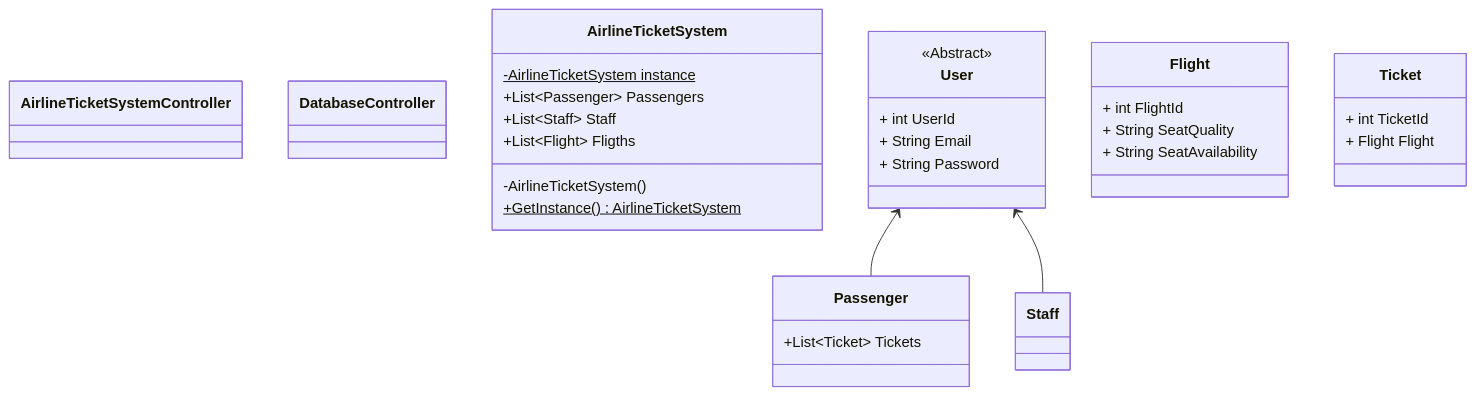
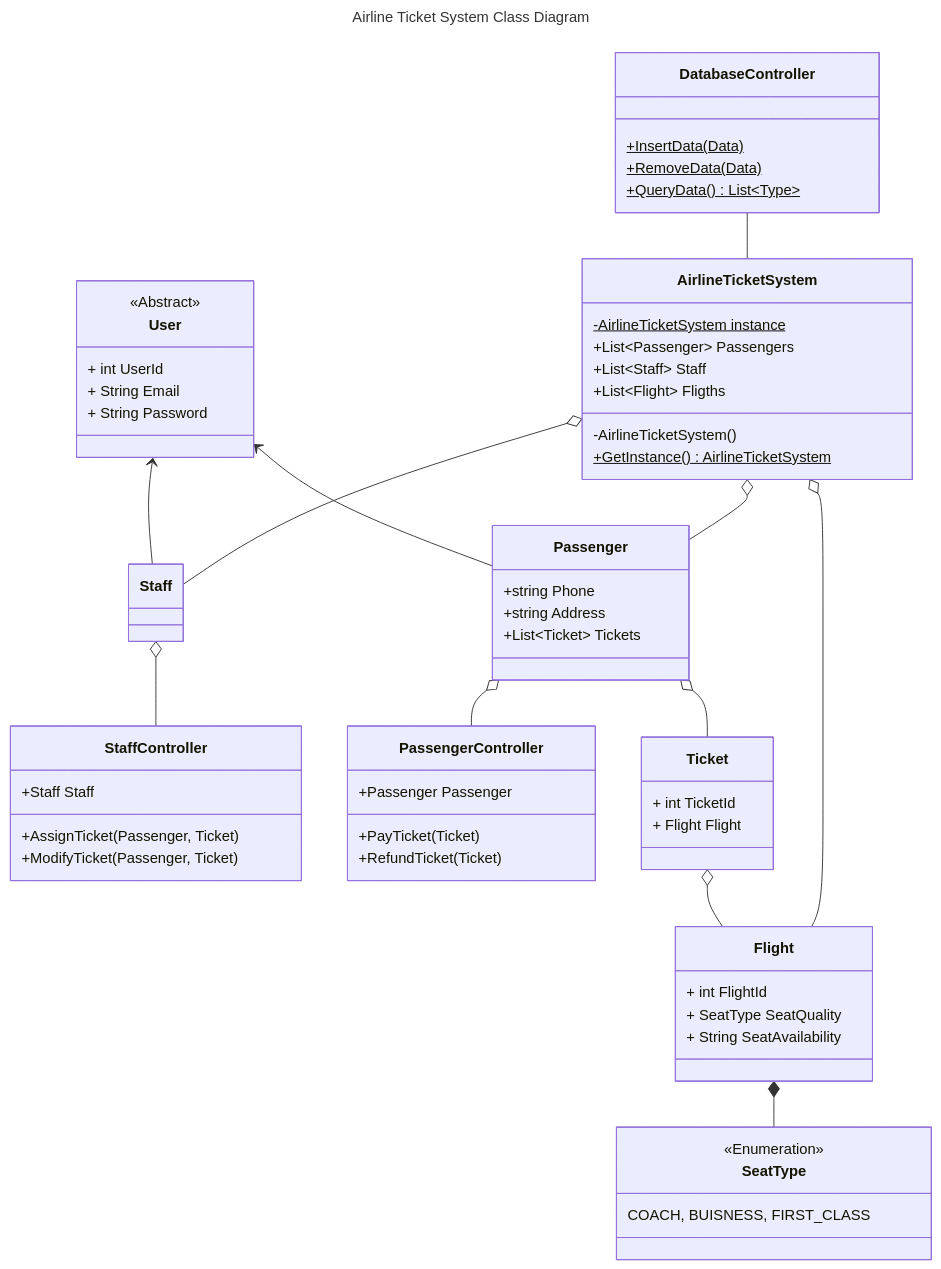
One commit to 4lex16/AppDevProject changed the diagram in docs/Diagrams/ClassDiagram.md. Above: the diagram before and after it, drawn with Mermaid.

Commit message:
Added Stuff to class diagram
- Added Controllers

- Addeed relationship arrows

- Added Attributes and Methods

````diff
--- a/docs/Diagrams/ClassDiagram.md
+++ b/docs/Diagrams/ClassDiagram.md
@@ -4,50 +4,82 @@
 ```mermaid
+---
+title: Airline Ticket System Class Diagram
+---
 classDiagram
-    class AirlineTicketSystemController {
-        %% IDK TIRED
+    %% Controller 
+    class DatabaseController {
+        +InsertData(Data)$
+        +RemoveData(Data)$
+        +QueryData()$ List~Type~
     }
 
-    class DatabaseController {
-        %% ADD Later TIRED
+    class StaffController {
+        +Staff Staff
+        +AssignTicket(Passenger, Ticket)
+        +ModifyTicket(Passenger, Ticket)
+    }
+    
+    class PassengerController {
+        +Passenger Passenger
+        +PayTicket(Ticket)
+        +RefundTicket(Ticket)
     }
 
     %% Singleton
     class AirlineTicketSystem {
         -AirlineTicketSystem instance$
         +List~Passenger~ Passengers
         +List~Staff~ Staff
         +List~Flight~ Fligths
 
         -AirlineTicketSystem()
         +GetInstance()$ AirlineTicketSystem
     }
 
+    %% Model
     class User {
         + int UserId
         + String Email
         + String Password
     }
+    <<Abstract>> User
     
     class Staff {
         %% IDK WHAT
     }
 
     class Passenger {
+        +string Phone
+        +string Address
         +List~Ticket~ Tickets
     }
 
     class Flight {
         + int FlightId
-        + String SeatQuality
+        + SeatType SeatQuality
         + String SeatAvailability
     }
+
+    class SeatType {
+        COACH, BUISNESS, FIRST_CLASS
+    }
+    <<Enumeration>> SeatType
 
     class Ticket {
         + int TicketId
         + Flight Flight
     }
 
-    <<Abstract>> User
+    %% Relationships
     User <-- Passenger
     User <-- Staff
+    Passenger o-- Ticket
+    Ticket o-- Flight
+    DatabaseController -- AirlineTicketSystem
+    AirlineTicketSystem o-- Passenger
+    AirlineTicketSystem o-- Staff
+    AirlineTicketSystem o-- Flight
+    Flight *-- SeatType
+    Passenger o-- PassengerController
+    Staff o-- StaffController
 ```
````
